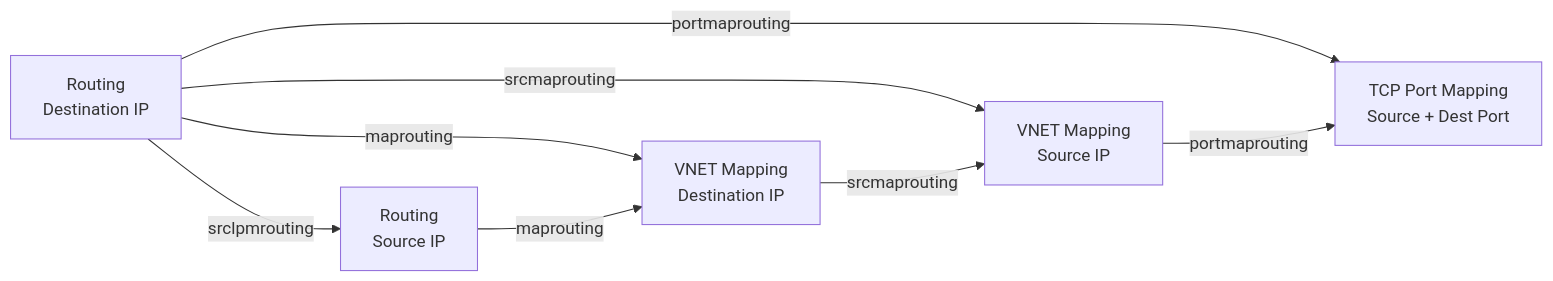
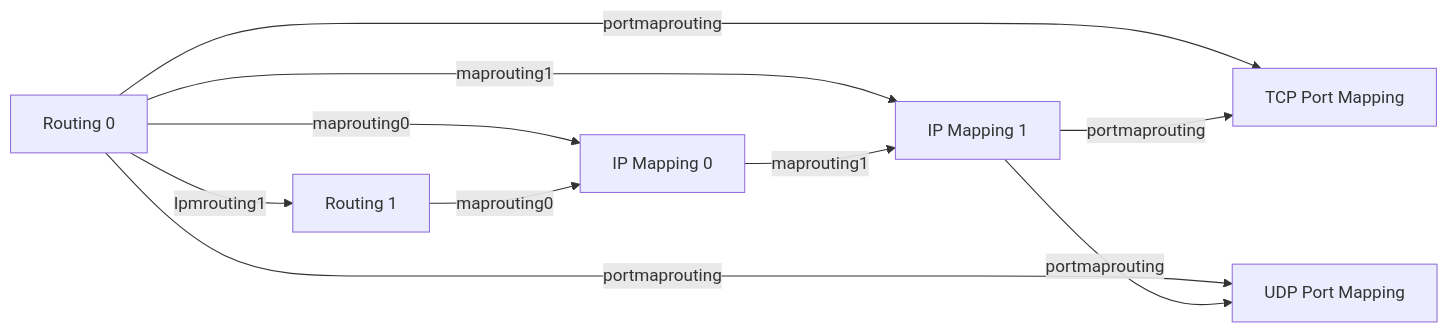
The fifth of 5 diagrams in documentation/general/dash-sai-pipeline-packet-flow.md (sonic-net/DASH), drawn with Mermaid before and after one commit. The commit also changed other lines of this file, not shown here.

````diff
--- a/documentation/general/dash-sai-pipeline-packet-flow.md
+++ b/documentation/general/dash-sai-pipeline-packet-flow.md
@@ -357,17 +362,20 @@
 ```mermaid
 flowchart LR
-    RoutingDst[Routing<br>Destination IP]
-    RoutingSrc[Routing<br>Source IP]
-    MapDst[VNET Mapping<br>Destination IP]
-    MapSrc[VNET Mapping<br>Source IP]
-    TcpPortMap[TCP Port Mapping<br>Source + Dest Port]
+    Routing0[Routing 0]
+    Routing1[Routing 1]
+    Map0[IP Mapping 0]
+    Map1[IP Mapping 1]
+    TcpPortMap[TCP Port Mapping]
+    UdpPortMap[UDP Port Mapping]
 
-    RoutingDst --> | srclpmrouting | RoutingSrc
-    RoutingDst --> | maprouting | MapDst
-    RoutingDst --> | srcmaprouting | MapSrc
-    RoutingDst --> | portmaprouting | TcpPortMap
+    Routing0 --> | lpmrouting1 | Routing1
+    Routing0 --> | maprouting0 | Map0
+    Routing0 --> | maprouting1 | Map1
+    Routing0 --> | portmaprouting | TcpPortMap
+    Routing0 --> | portmaprouting | UdpPortMap
 
-    RoutingSrc --> | maprouting | MapDst
-    MapDst --> | srcmaprouting | MapSrc
-    MapSrc --> | portmaprouting | TcpPortMap
+    Routing1 --> | maprouting0 | Map0
+    Map0 --> | maprouting1 | Map1
+    Map1 --> | portmaprouting | TcpPortMap
+    Map1 --> | portmaprouting | UdpPortMap
 ```
````
